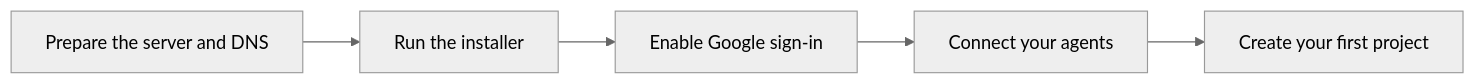
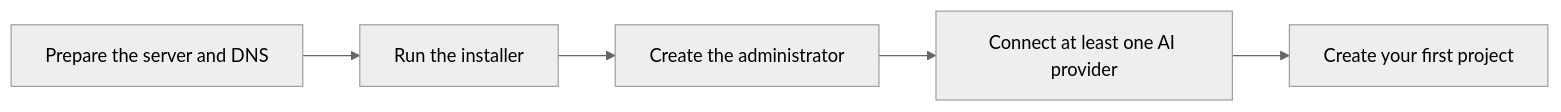
One commit to AbdallahMohamedDotnet/remote.futrx changed the third of 3 diagrams in README.md. Above: the diagram before and after it, drawn with Mermaid (neutral theme). The commit also changed other lines of this file and 49 other files, not shown here.

````diff
--- a/README.md
+++ b/README.md
@@ -154,7 +138,7 @@
 ```mermaid
 flowchart LR
     A["Prepare the server and DNS"] --> B["Run the installer"]
-    B --> C["Enable Google sign-in"]
-    C --> D["Connect your agents"]
+    B --> C["Create the administrator"]
+    C --> D["Connect at least one AI provider"]
     D --> E["Create your first project"]
 ```
````
